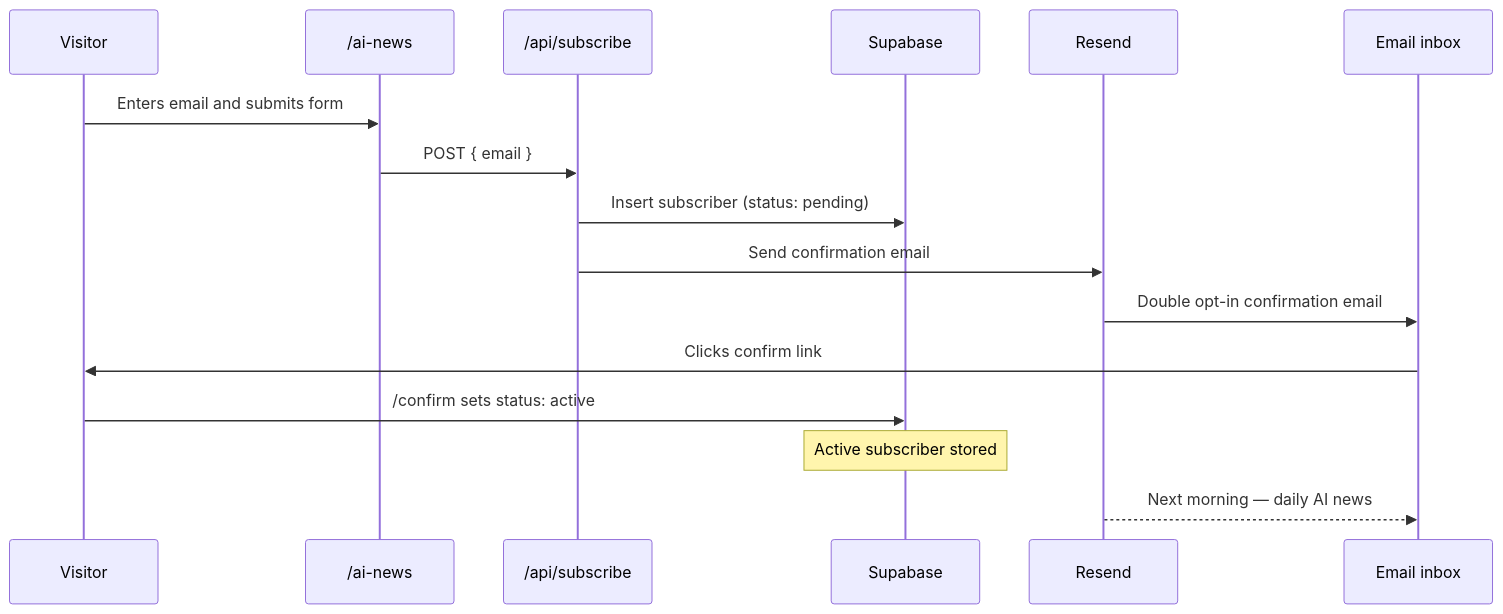
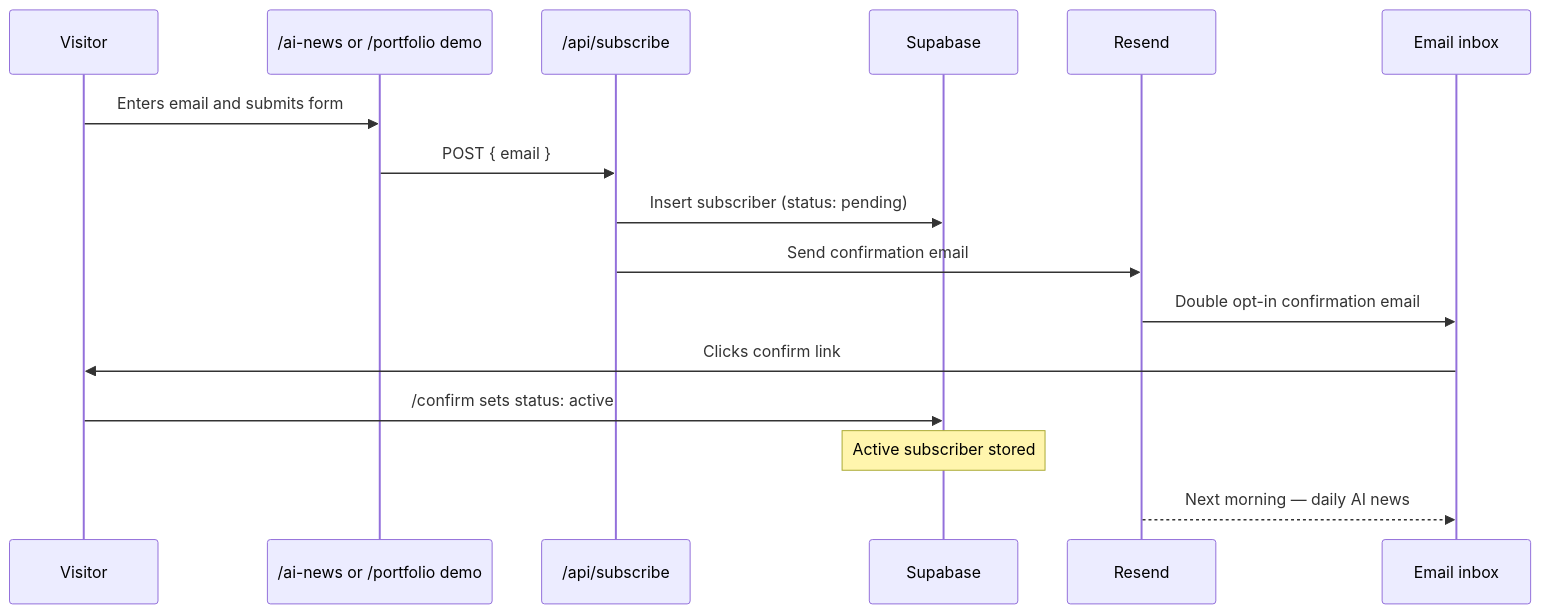
One commit to Marco-Lundh/marcolundh changed the third of 3 diagrams in README.md. Above: the diagram before and after it, drawn with Mermaid. The commit also changed other lines of this file and 30 other files, not shown here.

````diff
--- a/README.md
+++ b/README.md
@@ -71,19 +77,19 @@
 ```mermaid
 sequenceDiagram
     participant V as Visitor
-    participant S as /ai-news
+    participant S as /ai-news or /portfolio demo
     participant A as /api/subscribe
     participant DB as Supabase
     participant R as Resend
     participant E as Email inbox
 
     V->>S: Enters email and submits form
     S->>A: POST { email }
     A->>DB: Insert subscriber (status: pending)
     A->>R: Send confirmation email
     R->>E: Double opt-in confirmation email
     E->>V: Clicks confirm link
     V->>DB: /confirm sets status: active
     Note over DB: Active subscriber stored
     R-->>E: Next morning — daily AI news
 ```
````
